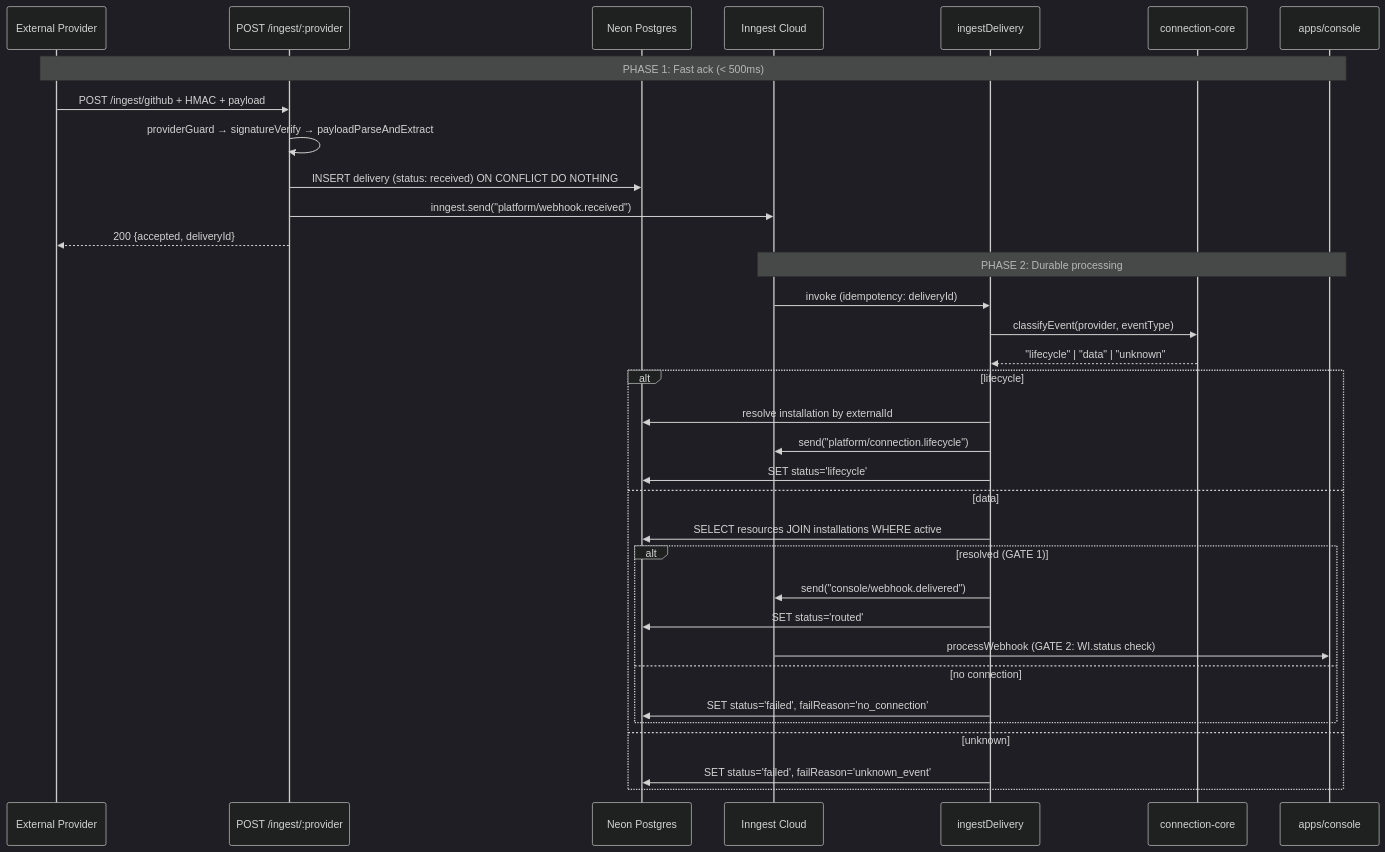
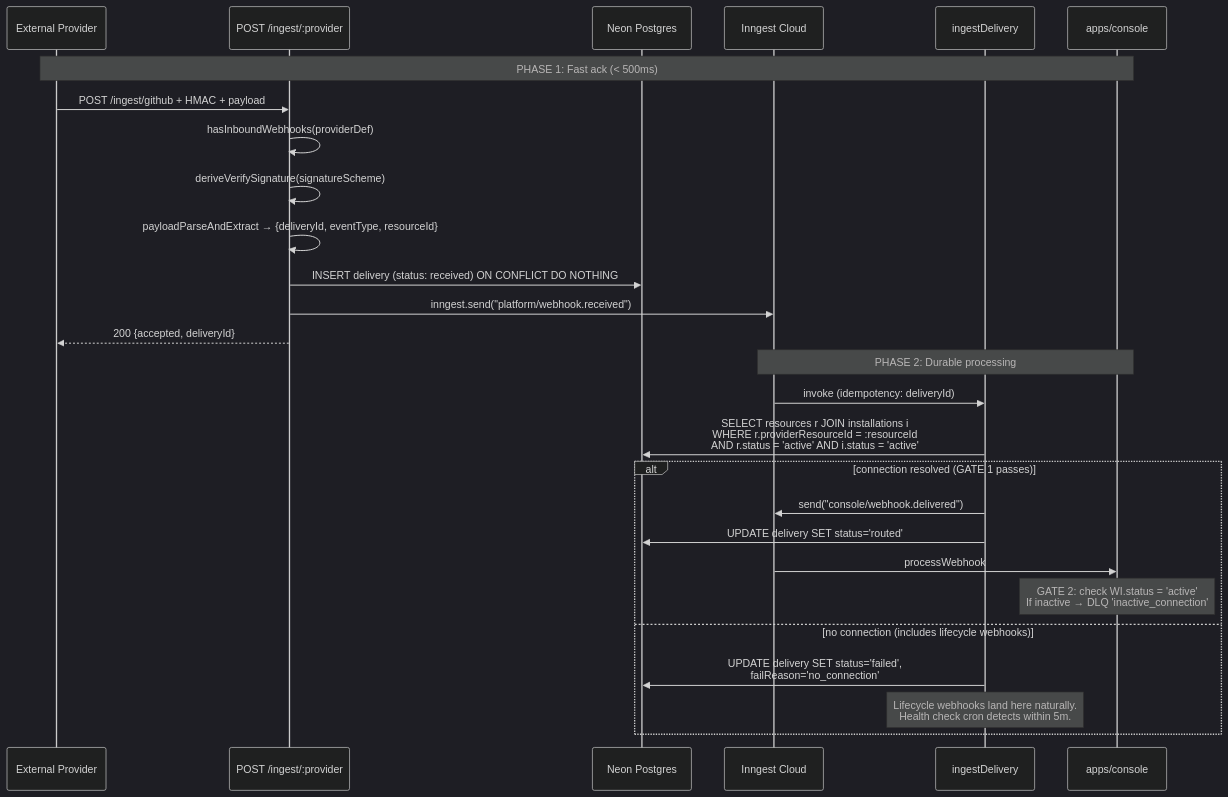
One commit to lightfastai/lightfast changed the third of 10 diagrams in thoughts/shared/plans/2026-03-18-platform-architecture-redesign.md. Above: the diagram before and after it, drawn with Mermaid (dark theme). The commit also changed other lines of this file, not shown here.

First line of the commit message:
docs(thoughts): align platform plan with provider architecture redesign

````diff
--- a/thoughts/shared/plans/2026-03-18-platform-architecture-redesign.md
+++ b/thoughts/shared/plans/2026-03-18-platform-architecture-redesign.md
@@ -238,42 +274,35 @@
 ```mermaid
 sequenceDiagram
     participant EXT as External Provider
     participant ROUTE as POST /ingest/:provider
     participant DB as Neon Postgres
     participant INN as Inngest Cloud
     participant FN as ingestDelivery
-    participant CORE as connection-core
     participant CONSOLE as apps/console
 
     Note over EXT,CONSOLE: PHASE 1: Fast ack (< 500ms)
 
     EXT->>ROUTE: POST /ingest/github + HMAC + payload
-    ROUTE->>ROUTE: providerGuard → signatureVerify → payloadParseAndExtract
+    ROUTE->>ROUTE: hasInboundWebhooks(providerDef)
+    ROUTE->>ROUTE: deriveVerifySignature(signatureScheme)
+    ROUTE->>ROUTE: payloadParseAndExtract → {deliveryId, eventType, resourceId}
     ROUTE->>DB: INSERT delivery (status: received) ON CONFLICT DO NOTHING
     ROUTE->>INN: inngest.send("platform/webhook.received")
     ROUTE-->>EXT: 200 {accepted, deliveryId}
 
     Note over INN,CONSOLE: PHASE 2: Durable processing
 
     INN->>FN: invoke (idempotency: deliveryId)
 
-    FN->>CORE: classifyEvent(provider, eventType)
-    CORE-->>FN: "lifecycle" | "data" | "unknown"
+    FN->>DB: SELECT resources r JOIN installations i<br/>WHERE r.providerResourceId = :resourceId<br/>AND r.status = 'active' AND i.status = 'active'
 
-    alt lifecycle
-        FN->>DB: resolve installation by externalId
-        FN->>INN: send("platform/connection.lifecycle")
-        FN->>DB: SET status='lifecycle'
-    else data
-        FN->>DB: SELECT resources JOIN installations WHERE active
-        alt resolved (GATE 1)
-            FN->>INN: send("console/webhook.delivered")
-            FN->>DB: SET status='routed'
-            INN->>CONSOLE: processWebhook (GATE 2: WI.status check)
-        else no connection
-            FN->>DB: SET status='failed', failReason='no_connection'
-        end
-    else unknown
-        FN->>DB: SET status='failed', failReason='unknown_event'
+    alt connection resolved (GATE 1 passes)
+        FN->>INN: send("console/webhook.delivered")
+        FN->>DB: UPDATE delivery SET status='routed'
+        INN->>CONSOLE: processWebhook
+        Note over CONSOLE: GATE 2: check WI.status = 'active'<br/>If inactive → DLQ 'inactive_connection'
+    else no connection (includes lifecycle webhooks)
+        FN->>DB: UPDATE delivery SET status='failed',<br/>failReason='no_connection'
+        Note over FN: Lifecycle webhooks land here naturally.<br/>Health check cron detects within 5m.
     end
 ```
````
